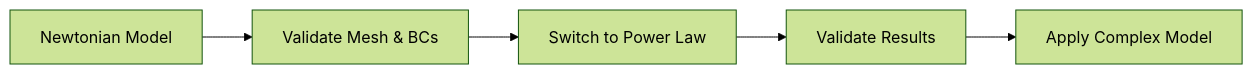
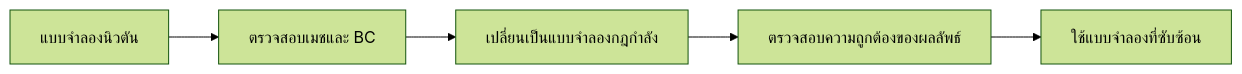
Before and after one commit to wramet/build-my-cfd: the third of 3 diagrams in MODULE_06_ADVANCED_PHYSICS/CONTENT/04_NON_NEWTONIAN_FLUIDS/05_Practical_Usage.md, drawn with Mermaid (forest theme). The commit also changed other lines of this file and 104 other files, not shown here.

````diff
--- a/MODULE_06_ADVANCED_PHYSICS/CONTENT/04_NON_NEWTONIAN_FLUIDS/05_Practical_Usage.md
+++ b/MODULE_06_ADVANCED_PHYSICS/CONTENT/04_NON_NEWTONIAN_FLUIDS/05_Practical_Usage.md
@@ -713,7 +713,7 @@
 ```mermaid
 flowchart LR
-    A[Newtonian Model] --> B[Validate Mesh & BCs]
-    B --> C[Switch to Power Law]
-    C --> D[Validate Results]
-    D --> E[Apply Complex Model]
+    A[แบบจำลองนิวตัน] --> B[ตรวจสอบเมชและ BC]
+    B --> C[เปลี่ยนเป็นแบบจำลองกฎกำลัง]
+    C --> D[ตรวจสอบความถูกต้องของผลลัพธ์]
+    D --> E[ใช้แบบจำลองที่ซับซ้อน]
 ```
````
